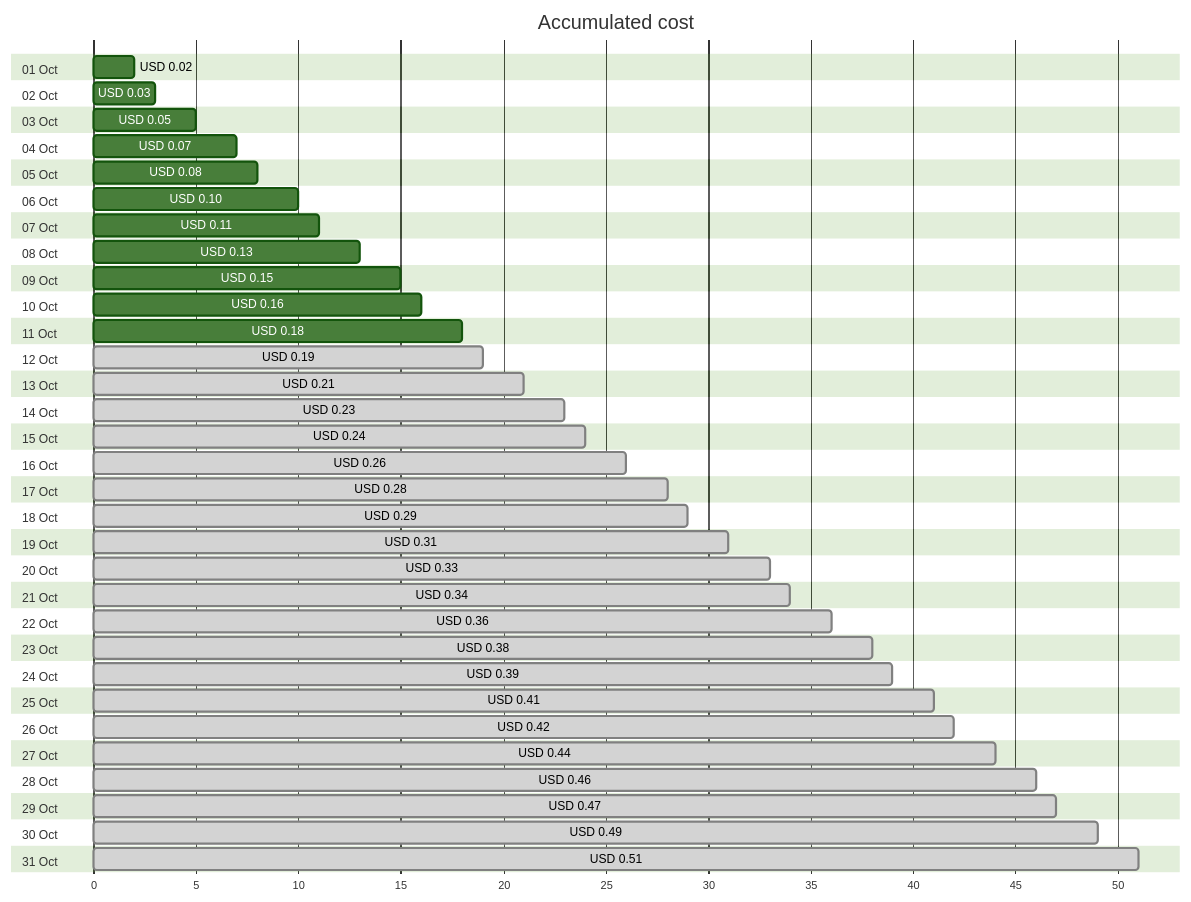
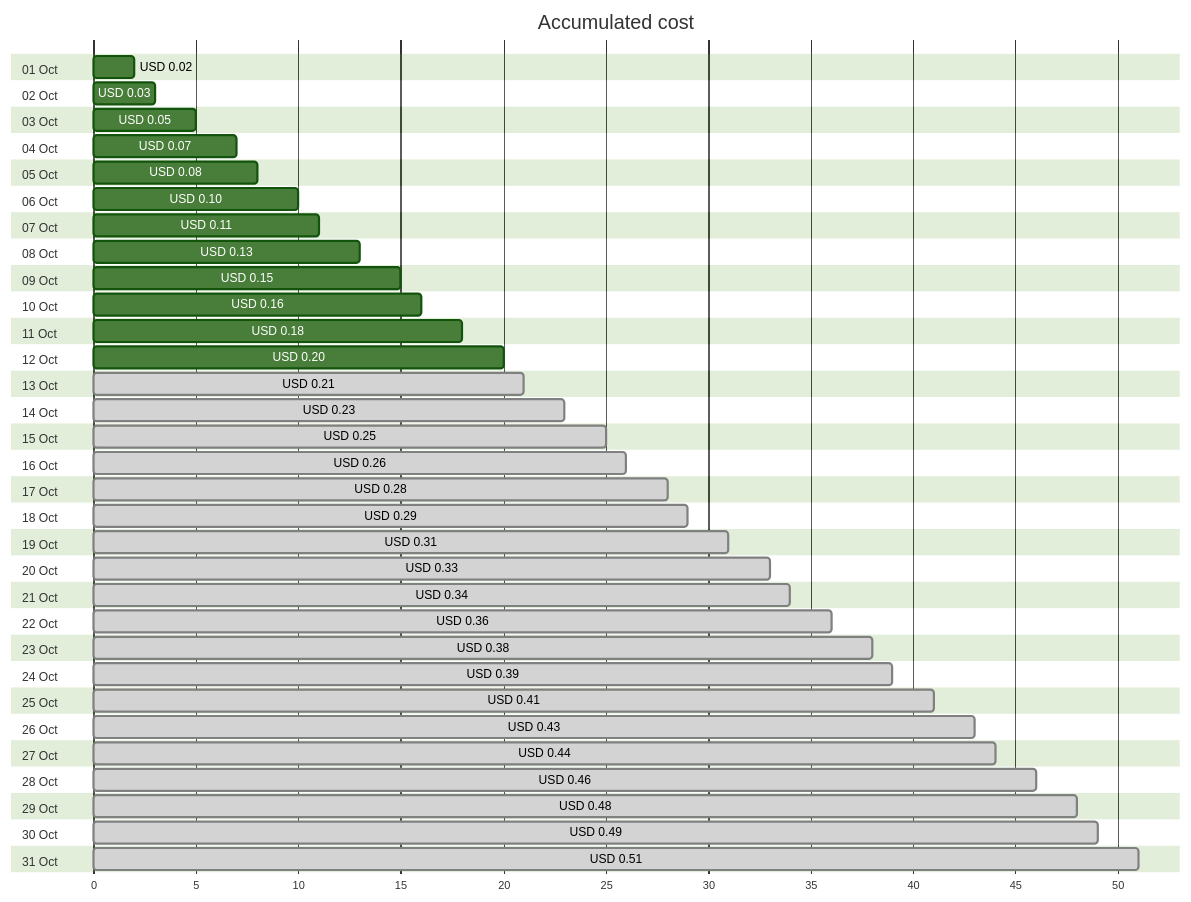
One commit to jpfulton/azure-personal-reports changed the first of 4 diagrams in cost-reports/personal-dns/jpatrickfulton.dev.md. Above: the diagram before and after it, drawn with Mermaid (forest theme). The commit also changed other lines of this file and 2 other files, not shown here.

````diff
--- a/cost-reports/personal-dns/jpatrickfulton.dev.md
+++ b/cost-reports/personal-dns/jpatrickfulton.dev.md
@@ -20,68 +20,68 @@
 ```mermaid
 gantt
    title Accumulated cost
    dateFormat  X
    axisFormat %s
    section 01 Oct
    USD 0.02 :0, 2
    section 02 Oct
    USD 0.03 :0, 3
    section 03 Oct
    USD 0.05 :0, 5
    section 04 Oct
    USD 0.07 :0, 7
    section 05 Oct
    USD 0.08 :0, 8
    section 06 Oct
    USD 0.10 :0, 10
    section 07 Oct
    USD 0.11 :0, 11
    section 08 Oct
    USD 0.13 :0, 13
    section 09 Oct
    USD 0.15 :0, 15
    section 10 Oct
    USD 0.16 :0, 16
    section 11 Oct
    USD 0.18 :0, 18
    section 12 Oct
-   USD 0.19 : done, 0, 19
+   USD 0.20 :0, 20
    section 13 Oct
    USD 0.21 : done, 0, 21
    section 14 Oct
    USD 0.23 : done, 0, 23
    section 15 Oct
-   USD 0.24 : done, 0, 24
+   USD 0.25 : done, 0, 25
    section 16 Oct
    USD 0.26 : done, 0, 26
    section 17 Oct
    USD 0.28 : done, 0, 28
    section 18 Oct
    USD 0.29 : done, 0, 29
    section 19 Oct
    USD 0.31 : done, 0, 31
    section 20 Oct
    USD 0.33 : done, 0, 33
    section 21 Oct
    USD 0.34 : done, 0, 34
    section 22 Oct
    USD 0.36 : done, 0, 36
    section 23 Oct
    USD 0.38 : done, 0, 38
    section 24 Oct
    USD 0.39 : done, 0, 39
    section 25 Oct
    USD 0.41 : done, 0, 41
    section 26 Oct
-   USD 0.42 : done, 0, 42
+   USD 0.43 : done, 0, 43
    section 27 Oct
    USD 0.44 : done, 0, 44
    section 28 Oct
    USD 0.46 : done, 0, 46
    section 29 Oct
-   USD 0.47 : done, 0, 47
+   USD 0.48 : done, 0, 48
    section 30 Oct
    USD 0.49 : done, 0, 49
    section 31 Oct
    USD 0.51 : done, 0, 51
 ```
````
